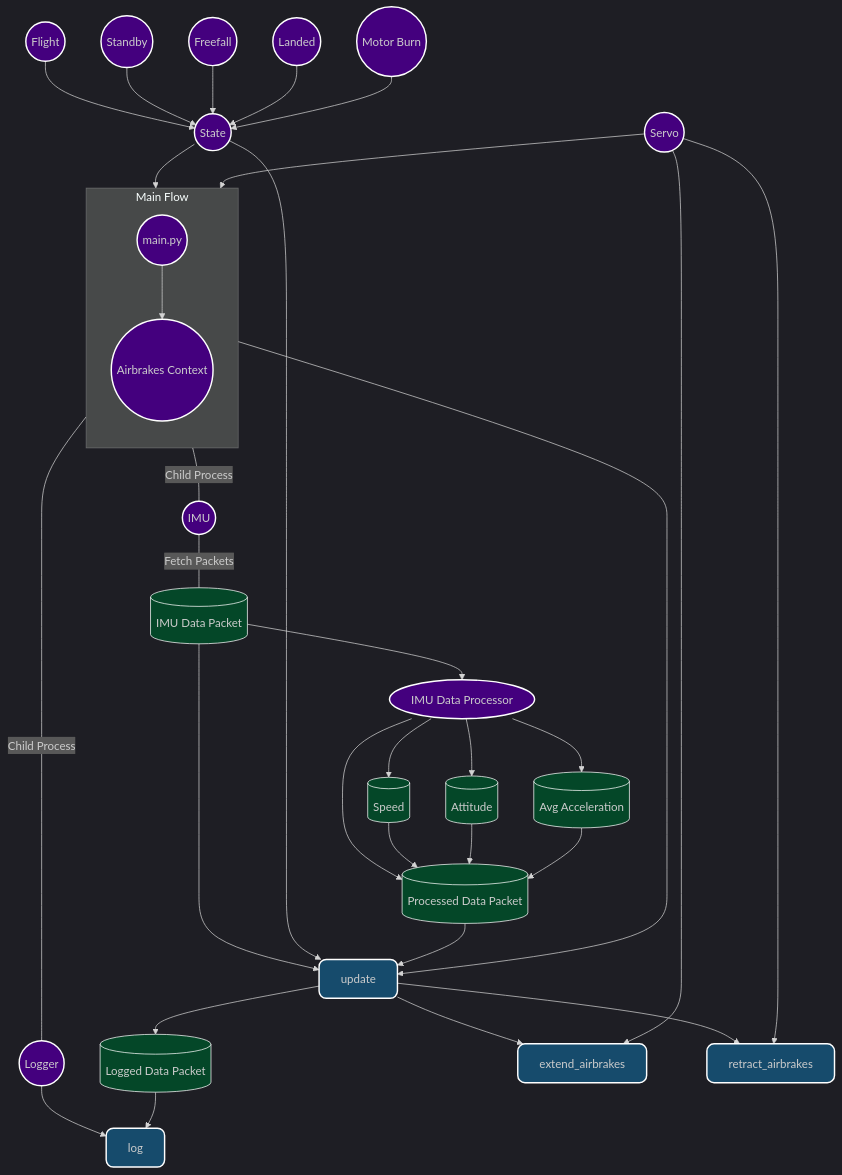
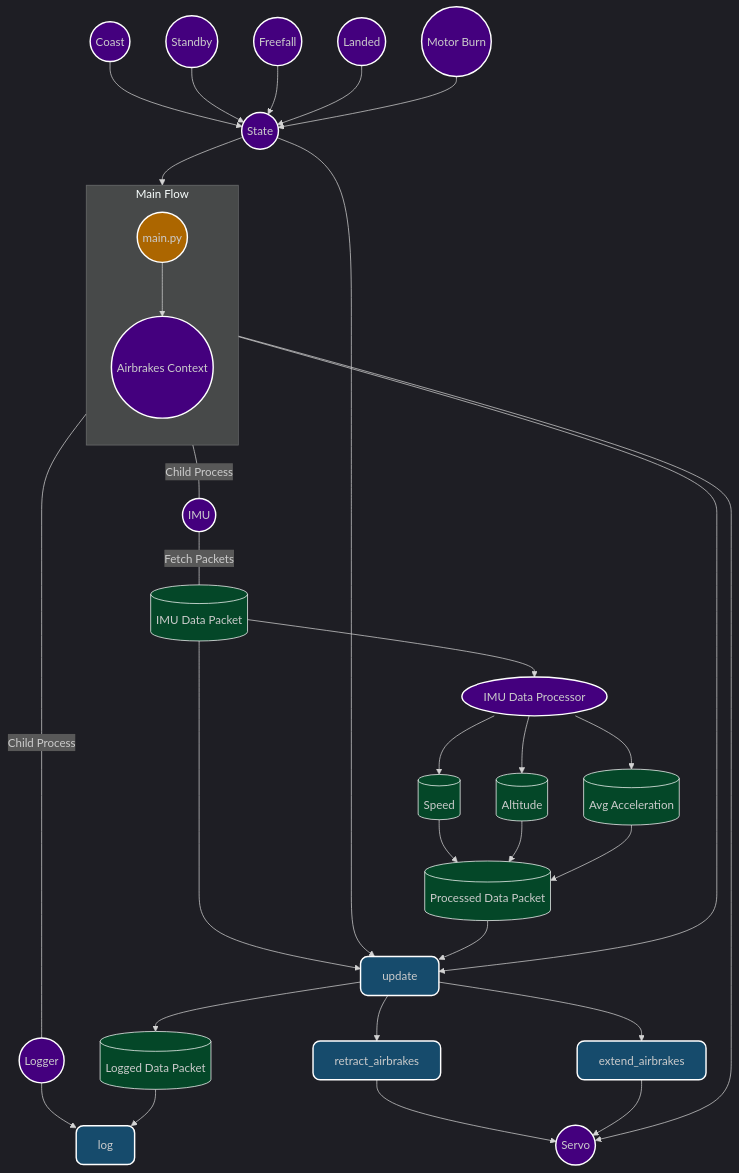
Before and after one commit to NCSU-High-Powered-Rocketry-Club/AirbrakesV2: the diagram in README.md, drawn with Mermaid. The commit also changed other lines of this file, not shown here.

Commit message:
Added the changes

````diff
--- a/README.md
+++ b/README.md
@@ -65,71 +20,72 @@
 ```mermaid
 %%{init: {'theme': 'dark'}}%%
 flowchart TD
 
     %% Define styles for different shapes
     classDef circular fill:#44007e,stroke:#fff,stroke-width:2px,rx:50%,ry:50%;  %% Ovals for classes
     classDef bubble fill:#164b6c,stroke:#fff,stroke-width:2px,rx:10px,ry:10px; %% Bubbles for methods
     classDef outputSquare fill:#044728,stroke:#fff,stroke-width:2px; %% Squares for outputs
     classDef textStyle fill:none,color:#fff,font-weight:bold,font-size:16px; %% Text style for bold white text
+    classDef mainColor fill:#ac6600,stroke:#fff,stroke-width:2px,rx:50%,ry:50%; %% Color for main.py
 
     %% Main structure with main.py at the top
     subgraph mainFlow[Main Flow]
       direction TB
-      mainpy((main.py)):::circular --> Airbrakes((Airbrakes Context)):::circular
+      mainpy((main.py)):::mainColor --> Airbrakes((Airbrakes Context)):::circular
      
     end
     Airbrakes --> Update[update]:::bubble
     %% IMU Data Packet Flow
     IMUDataPacket --> Update
     
     %% States as individual nodes
     State((State)):::circular
-    Flightstate((Flight)):::circular
+    CoastState((Coast)):::circular
     Standbystate((Standby)):::circular
     FreefallState((Freefall)):::circular
     LandedState((Landed)):::circular
     MotorBurnState((Motor Burn)):::circular
 
     %% Connections between States and Airbrakes
     State((State)):::circular --> Airbrakes:::circular
     State --> Update
     
-    Flightstate((Flight)):::circular --> State
+    CoastState((Coast)):::circular --> State
     Standbystate((Standby)):::circular --> State
     FreefallState((Freefall)):::circular --> State
     LandedState((Landed)):::circular --> State
     MotorBurnState((Motor Burn)):::circular --> State
     
     %% Connections with Labels
     Airbrakes ---|Child Process| Logger((Logger)):::circular
     Airbrakes ---|Child Process| IMU((IMU)):::circular
     IMU((IMU)):::circular ---|Fetch Packets| IMUDataPacket[(IMU Data Packet)]:::outputSquare
 
     %% IMU Data Processing
     IMUDataPacket --> IMUDataProcessor[IMU Data Processor]:::circular
-    IMUDataProcessor --> ProcessedData[(Processed Data Packet)]:::outputSquare
+    %%IMUDataProcessor --> ProcessedData[(Processed Data Packet)]:::outputSquare
     IMUDataProcessor --> Speed[(Speed)]:::outputSquare
-    IMUDataProcessor --> Attitude[(Attitude)]:::outputSquare
+    IMUDataProcessor --> Altitude[(Altitude)]:::outputSquare
     IMUDataProcessor --> AvgAccel[(Avg Acceleration)]:::outputSquare
     
-    Speed --> ProcessedData
-    Attitude --> ProcessedData
-    AvgAccel --> ProcessedData
+    Speed -->  ProcessedData[(Processed Data Packet)]:::outputSquare
+    Altitude -->  ProcessedData[(Processed Data Packet)]:::outputSquare
+    AvgAccel -->  ProcessedData[(Processed Data Packet)]:::outputSquare
     
-    ProcessedData --> Update
+     ProcessedData[(Processed Data Packet)]:::outputSquare --> Update
 
     %% Logging Mechanism
     Logger --> LogFunction[log]:::bubble
     Update --> LogData[(Logged Data Packet)]:::outputSquare
     LogData --> LogFunction
 
     %% Airbrake Control Methods with Parentheses Displayed
     Update --> ExtendAirbrakes[extend_airbrakes]:::bubble
     Update --> RetractAirbrakes[retract_airbrakes]:::bubble
 
     %% Servo Connections
-    Servo((Servo)):::circular --> RetractAirbrakes
-    Servo --> ExtendAirbrakes
-    Servo --> Airbrakes
+    RetractAirbrakes --> Servo((Servo)):::circular 
+    ExtendAirbrakes --> Servo
+    Airbrakes --> Servo
 
 ```
````
